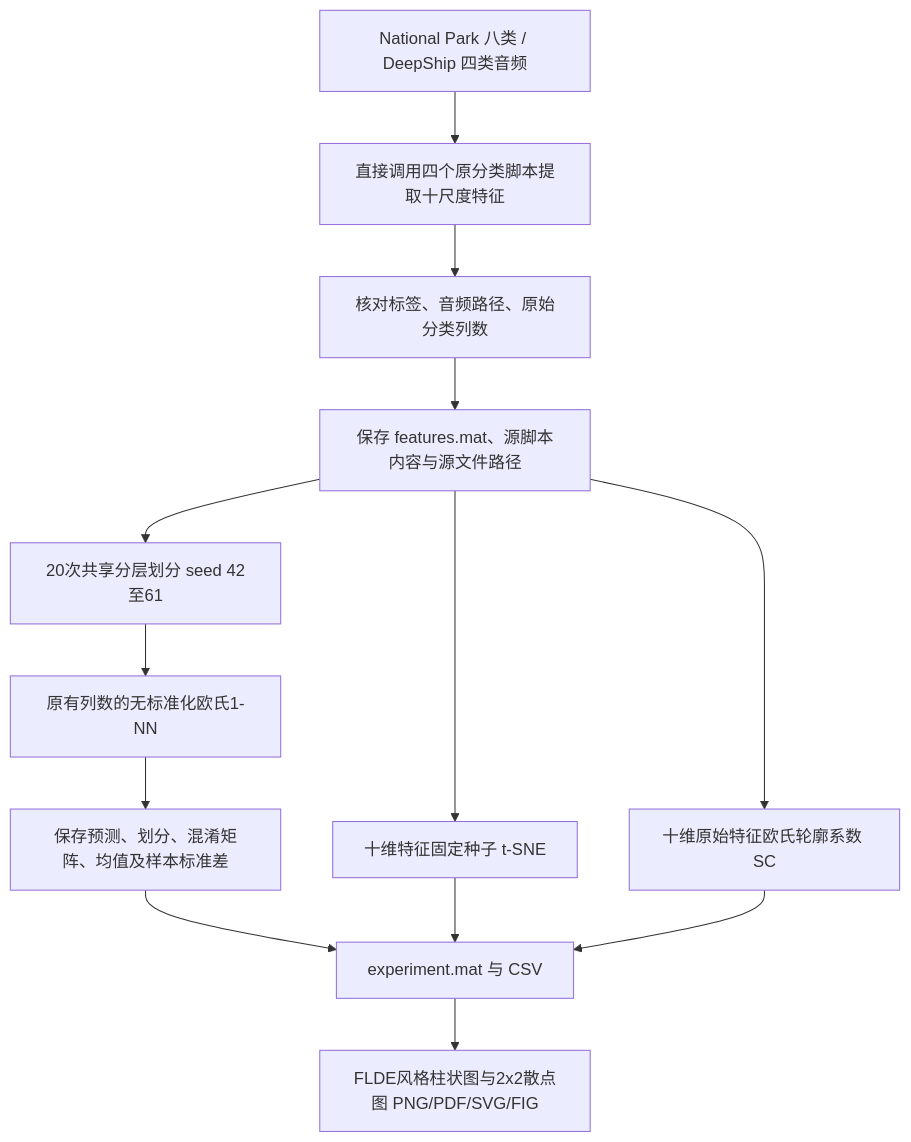
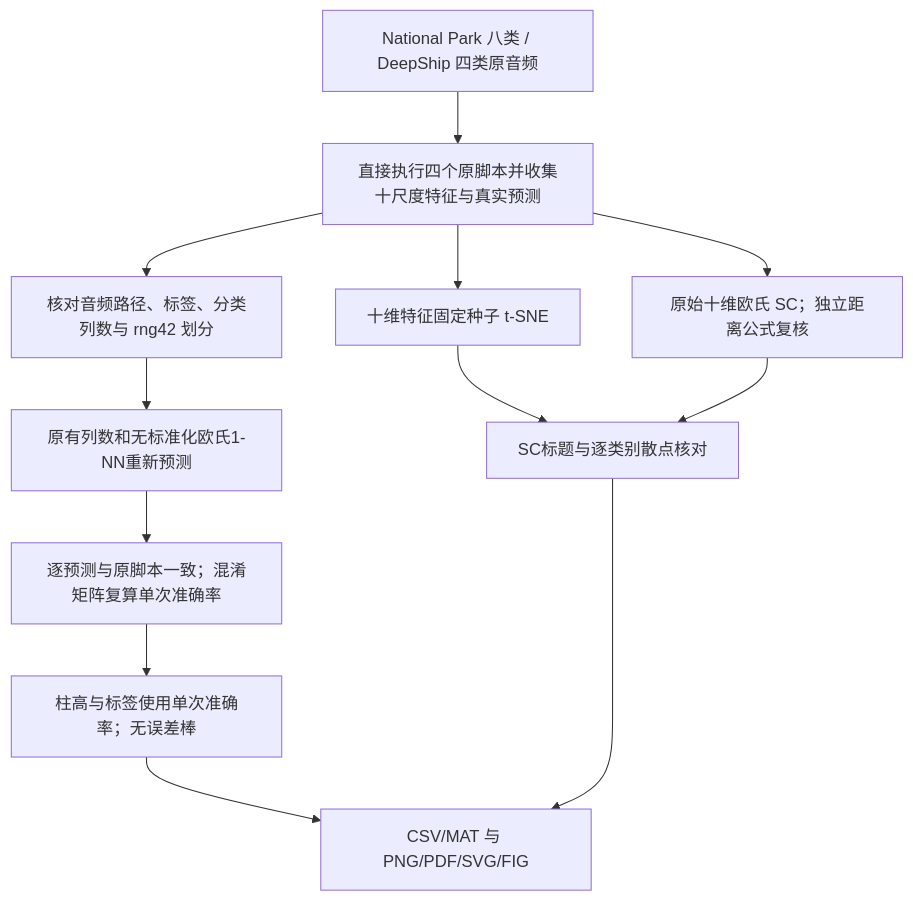
The fourth of 4 diagrams in README.md (wacenhong-art/higuchi-fractal-dimension-ship-audio), drawn with Mermaid before and after one commit. The commit also changed other lines of this file and 15 other files, not shown here.

````diff
--- a/README.md
+++ b/README.md
@@ -228,15 +232,14 @@
 ```mermaid
 flowchart TD
-    A[National Park 八类 / DeepShip 四类音频] --> B[直接调用四个原分类脚本提取十尺度特征]
-    B --> C[核对标签、音频路径、原始分类列数]
-    C --> D[保存 features.mat、源脚本内容与源文件路径]
-    D --> E[20次共享分层划分 seed 42至61]
-    E --> F[原有列数的无标准化欧氏1-NN]
-    F --> G[保存预测、划分、混淆矩阵、均值及样本标准差]
-    D --> H[十维特征固定种子 t-SNE]
-    D --> I[十维原始特征欧氏轮廓系数 SC]
-    G --> J[experiment.mat 与 CSV]
-    H --> J
+    A[National Park 八类 / DeepShip 四类原音频] --> B[直接执行四个原脚本并收集十尺度特征与真实预测]
+    B --> C[核对音频路径、标签、分类列数与 rng42 划分]
+    C --> D[原有列数和无标准化欧氏1-NN重新预测]
+    D --> E[逐预测与原脚本一致；混淆矩阵复算单次准确率]
+    E --> F[柱高与标签使用单次准确率；无误差棒]
+    B --> G[十维特征固定种子 t-SNE]
+    B --> H[原始十维欧氏 SC；独立距离公式复核]
+    G --> I[SC标题与逐类别散点核对]
+    H --> I
+    F --> J[CSV/MAT 与 PNG/PDF/SVG/FIG]
     I --> J
-    J --> K[FLDE风格柱状图与2x2散点图 PNG/PDF/SVG/FIG]
 ```
````
